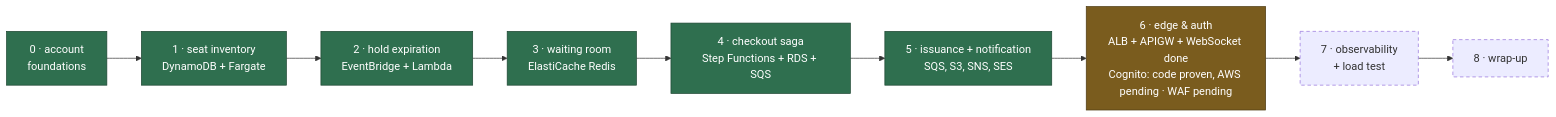
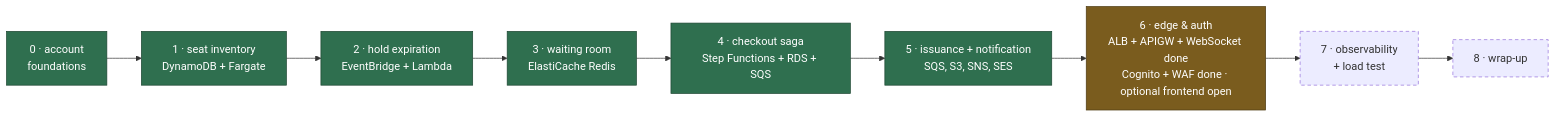
Before and after one commit to daliborjelicanin/ticket-waiting-room-aws: the seventh of 7 diagrams in docs/architecture.md, drawn with Mermaid. The commit also changed other lines of this file and 2 other files, not shown here.

Commit message:
WAF update

````diff
--- a/docs/architecture.md
+++ b/docs/architecture.md
@@ -409,18 +407,18 @@
 ```mermaid
 flowchart LR
     S0["0 · account<br/>foundations"] --> S1["1 · seat inventory<br/>DynamoDB + Fargate"]
     S1 --> S2["2 · hold expiration<br/>EventBridge + Lambda"]
     S2 --> S3["3 · waiting room<br/>ElastiCache Redis"]
     S3 --> S4["4 · checkout saga<br/>Step Functions + RDS + SQS"]
     S4 --> S5["5 · issuance + notification<br/>SQS, S3, SNS, SES"]
-    S5 --> S6["6 · edge & auth<br/>ALB + APIGW + WebSocket done<br/>Cognito: code proven, AWS pending · WAF pending"]
+    S5 --> S6["6 · edge & auth<br/>ALB + APIGW + WebSocket done<br/>Cognito + WAF done · optional frontend open"]
     S6 --> S7["7 · observability<br/>+ load test"]
     S7 --> S8["8 · wrap-up"]
 
     classDef done fill:#2f6f4f,stroke:#1d4632,color:#fff;
     classDef partial fill:#7a5c1e,stroke:#4d3a13,color:#fff;
     classDef todo stroke-dasharray:5 4;
     class S0,S1,S2,S3,S4,S5 done;
     class S6 partial;
     class S7,S8 todo;
 ```
````
